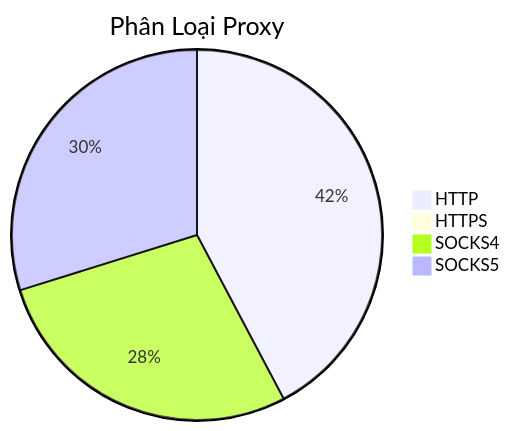
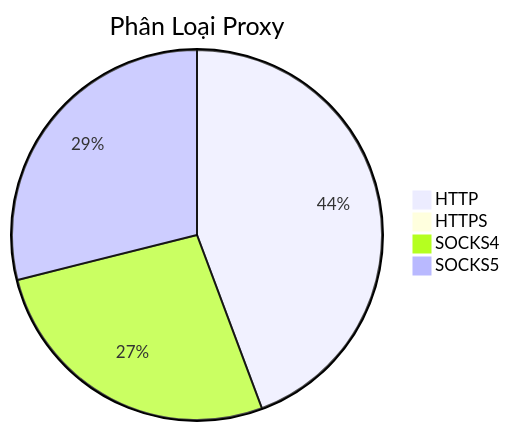
One commit to Ciara-12/PROXY-free changed the diagram in README.md. Above: the diagram before and after it, drawn with Mermaid. The commit also changed other lines of this file and 4 other files, not shown here.

````diff
--- a/README.md
+++ b/README.md
@@ -26,7 +26,7 @@
 ```mermaid
 pie title Phân Loại Proxy
-    "HTTP" : 540
+    "HTTP" : 610
     "HTTPS" : 1
-    "SOCKS4" : 357
-    "SOCKS5" : 381
+    "SOCKS4" : 369
+    "SOCKS5" : 398
 ```
````
